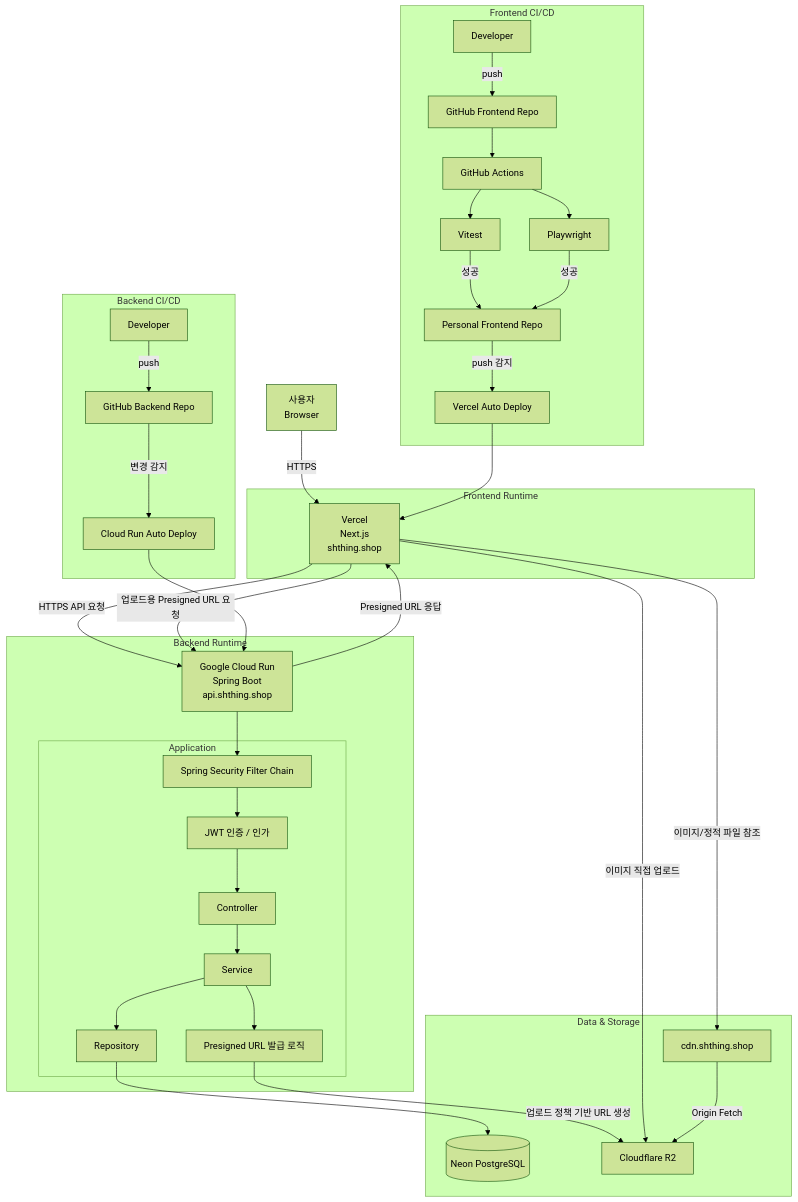
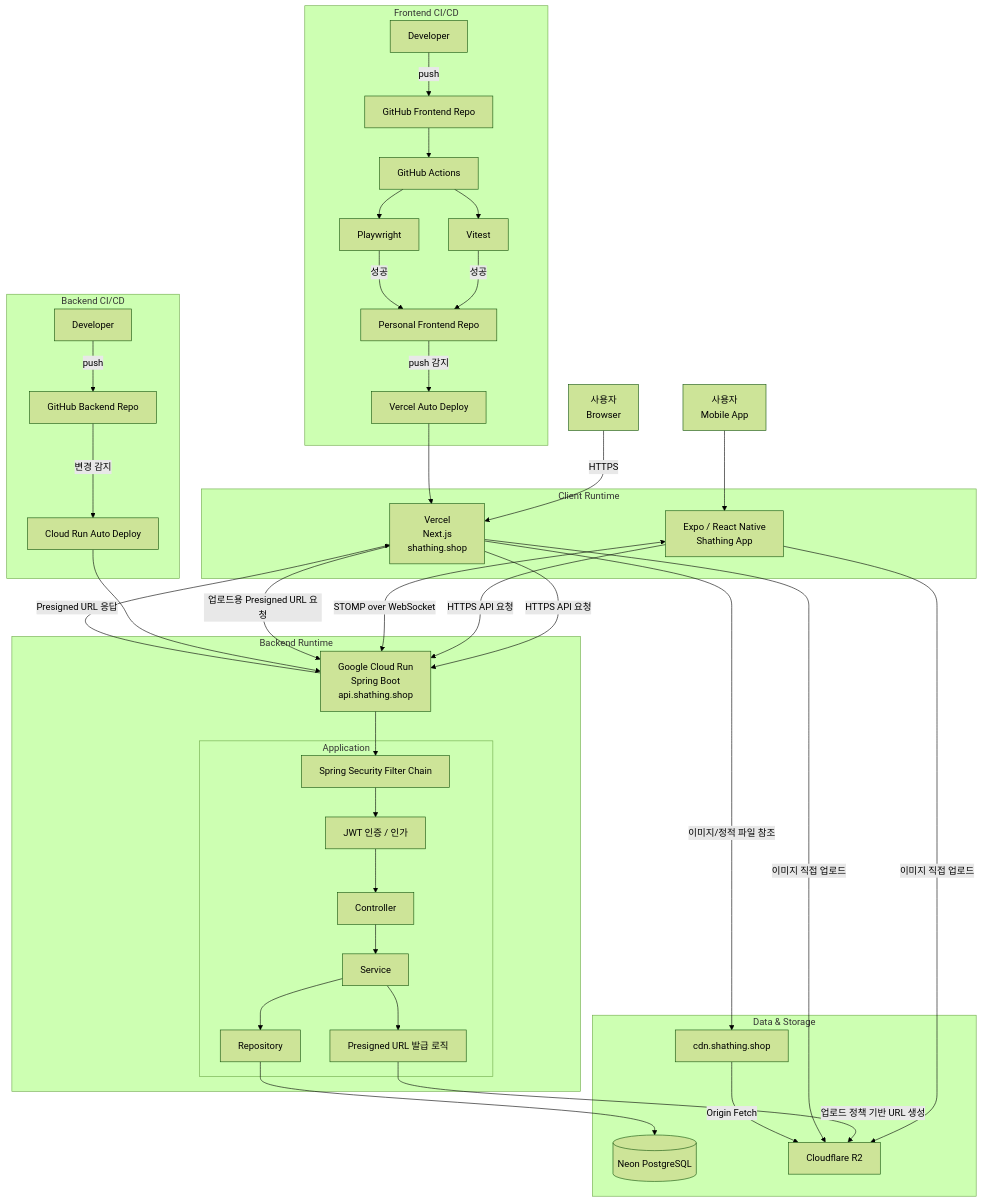
One commit to yp-un/yju-portfolio changed the diagram in public/shathing/description.md. Above: the diagram before and after it, drawn with Mermaid (forest theme). The commit also changed other lines of this file, not shown here.

Commit message:
docs: shathing readme react native 추가

````diff
--- a/public/shathing/description.md
+++ b/public/shathing/description.md
@@ -88,13 +104,15 @@
 ```mermaid
 flowchart TB
     U[사용자<br/>Browser]
+    M[사용자<br/>Mobile App]
 
-    subgraph FE_RUNTIME[Frontend Runtime]
-        FE[Vercel<br/>Next.js<br/>shthing.shop]
+    subgraph CLIENT_RUNTIME[Client Runtime]
+        FE[Vercel<br/>Next.js<br/>shathing.shop]
+        RNAPP[Expo / React Native<br/>Shathing App]
     end
 
     subgraph BE_RUNTIME[Backend Runtime]
-        CR[Google Cloud Run<br/>Spring Boot<br/>api.shthing.shop]
+        CR[Google Cloud Run<br/>Spring Boot<br/>api.shathing.shop]
 
         subgraph APP[Application]
             SEC[Spring Security Filter Chain]
@@ -109,7 +127,7 @@
     subgraph DATA[Data & Storage]
         DB[(Neon PostgreSQL)]
         R2[Cloudflare R2]
-        CDN[cdn.shthing.shop]
+        CDN[cdn.shathing.shop]
     end
 
     subgraph FE_CICD[Frontend CI/CD]
@@ -131,6 +149,10 @@
     %% Runtime
     U -->|HTTPS| FE
     FE -->|HTTPS API 요청| CR
+    M --> RNAPP
+    RNAPP -->|HTTPS API 요청| CR
+    RNAPP <-->|STOMP over WebSocket| CR
+    RNAPP -->|이미지 직접 업로드| R2
 
     CR --> SEC
     SEC --> JWT
````
